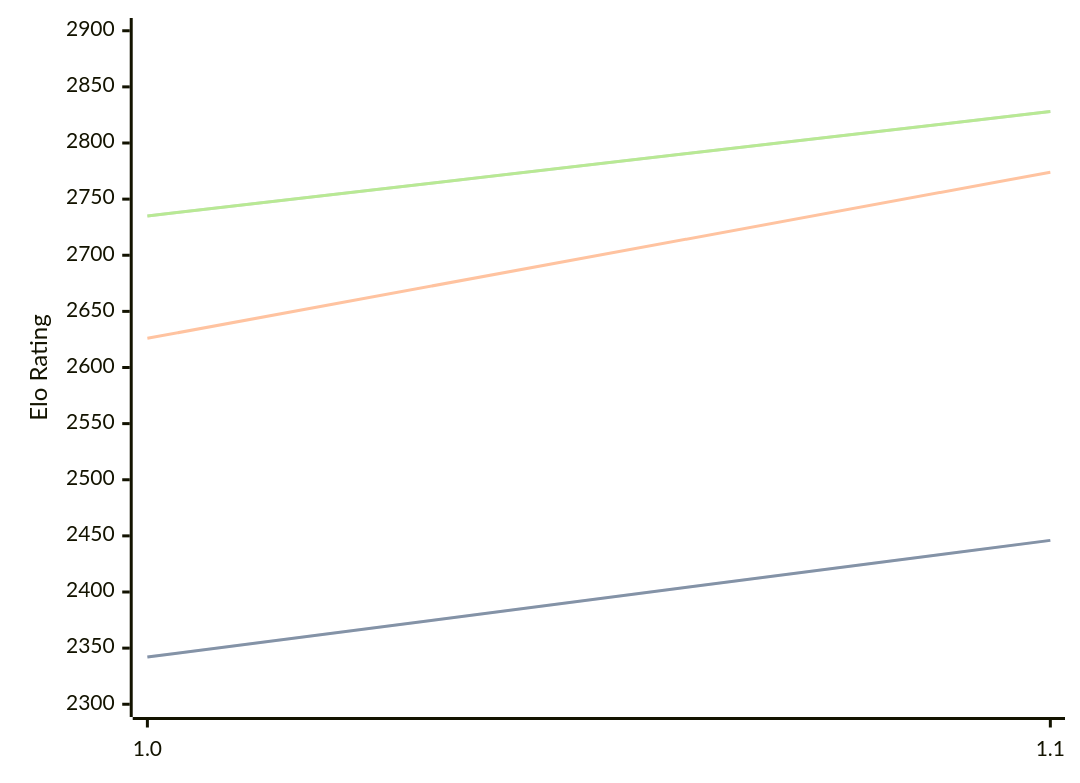
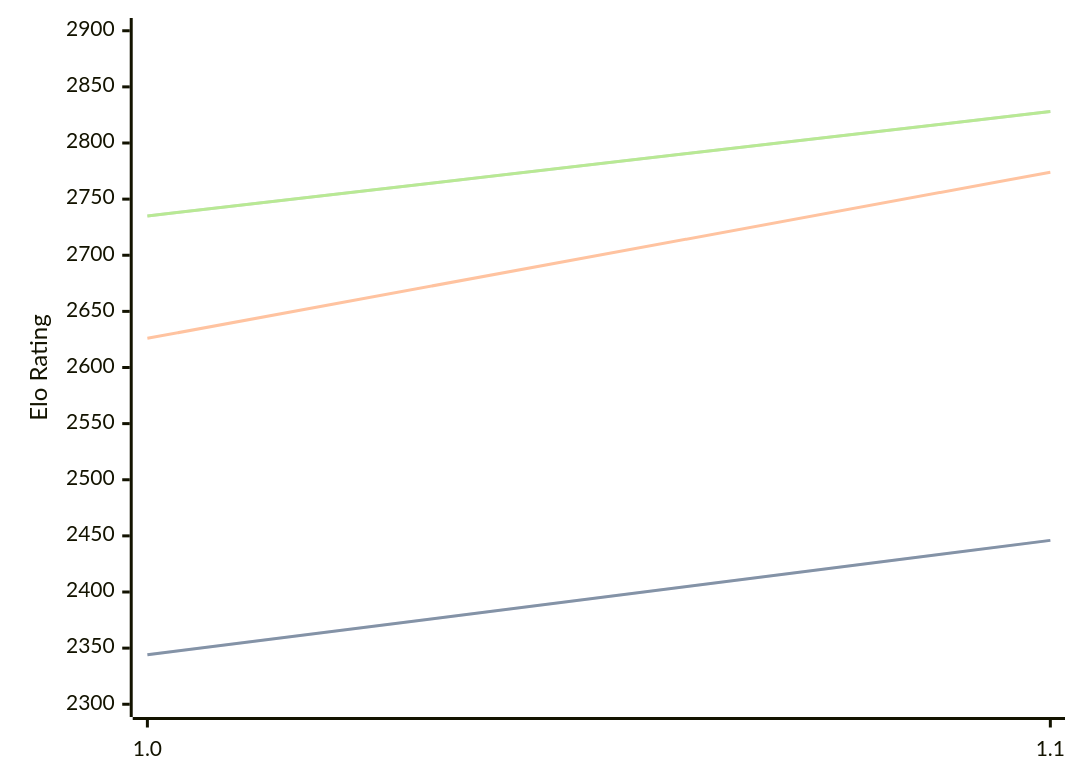
Before and after one commit to computer-chess-index/cci: the diagram in engines/Casanchess.md, drawn with Mermaid. The commit also changed other lines of this file, not shown here.

````diff
--- a/engines/Casanchess.md
+++ b/engines/Casanchess.md
@@ -32,11 +32,11 @@
 ```mermaid
 %%{init: {"theme":"base","themeVariables":{"seriesColors:['#a3a3a3','#222221','#faa371']}}}%%
 xychart-beta
   x-axis ["1.0", "1.1"]
   y-axis "Elo Rating" 2300 --> 2900
-  line "" [2342, 2446]
-  line "STC (8.0+0.08s)" [2342, 2446]
+  line "" [2344, 2446]
+  line "STC (8.0+0.08s)" [2344, 2446]
   line "LTC (60.0+0.60s)" [2626, 2774]
   line "" [2735, 2828]
   line "VLTC (2m24s+1.12s)" [2735, 2828]
 ```
````
